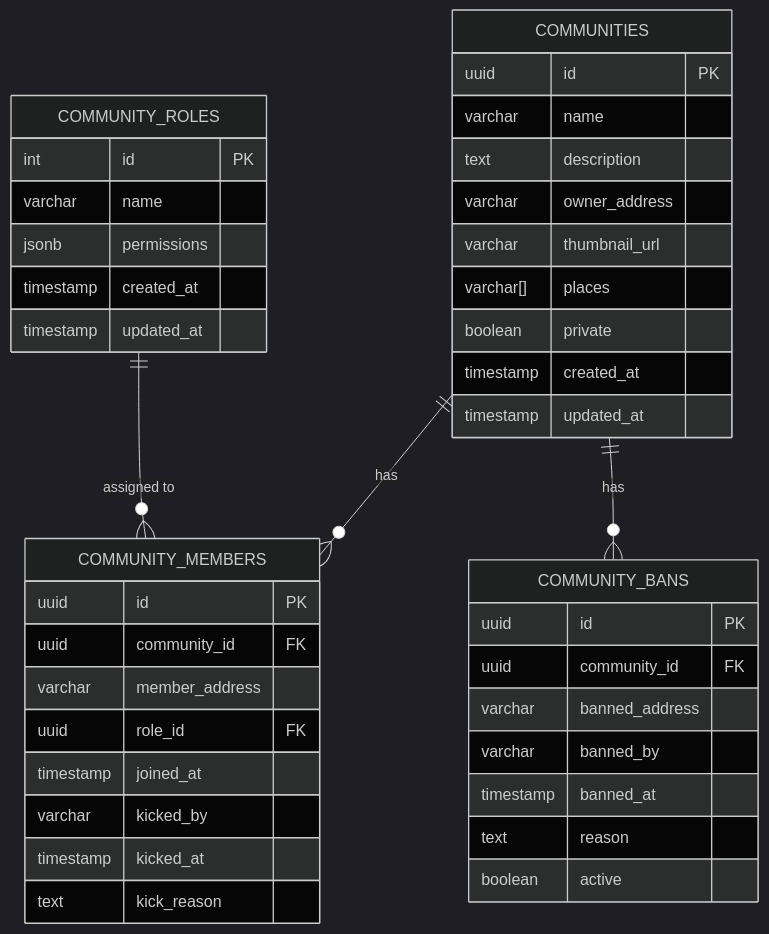
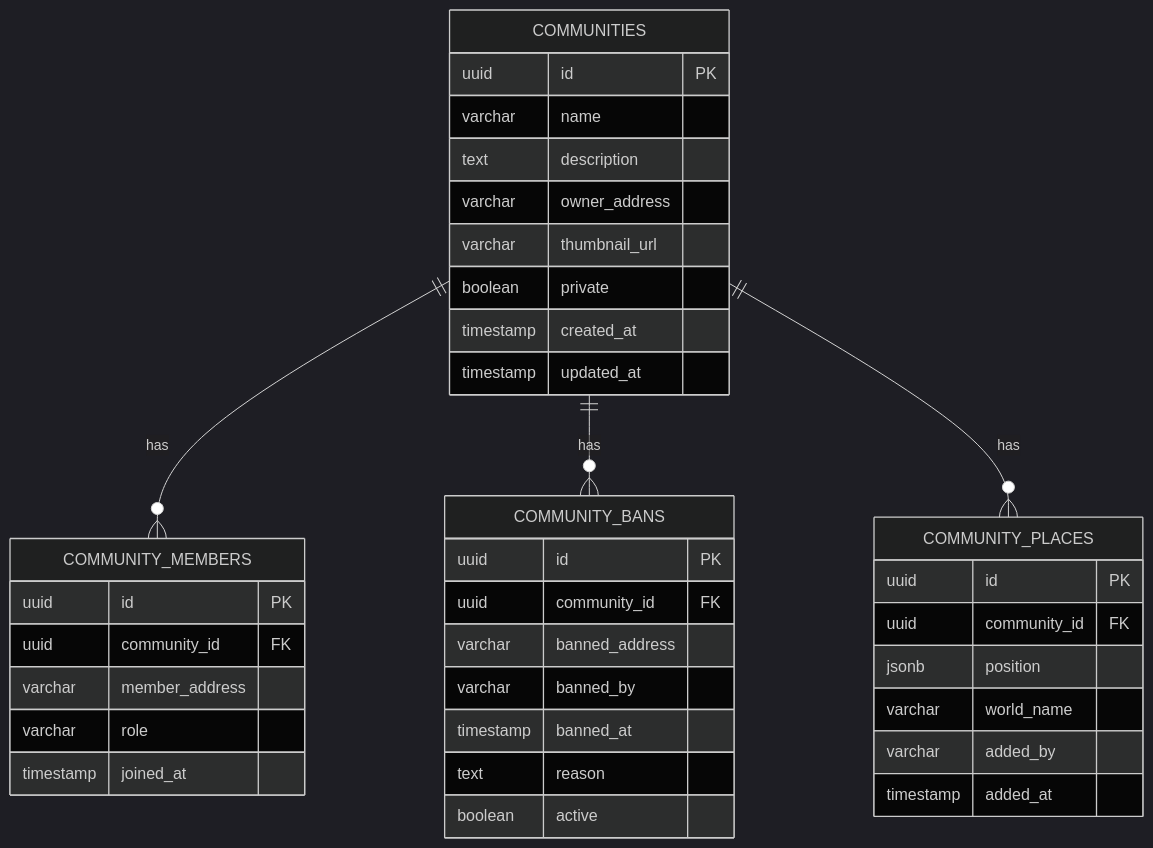
The second of 4 diagrams in README.md (decentraland/social-service-ea), drawn with Mermaid (dark theme) before and after one commit. The commit also changed 5 other files, not shown here.

````diff
--- a/README.md
+++ b/README.md
@@ -93,44 +93,41 @@
 ```mermaid
 erDiagram
   COMMUNITIES {
     uuid id PK
     varchar name
     text description
     varchar owner_address
     varchar thumbnail_url
-    varchar[] places
     boolean private
-    timestamp created_at
-    timestamp updated_at
-  }
-  COMMUNITY_ROLES {
-    int id PK
-    varchar name
-    jsonb permissions
     timestamp created_at
     timestamp updated_at
   }
   COMMUNITY_MEMBERS {
     uuid id PK
     uuid community_id FK
     varchar member_address
-    uuid role_id FK
+    varchar role
     timestamp joined_at
-    varchar kicked_by
-    timestamp kicked_at
-    text kick_reason
   }
   COMMUNITY_BANS {
     uuid id PK
     uuid community_id FK
     varchar banned_address
     varchar banned_by
     timestamp banned_at
     text reason
     boolean active
   }
+  COMMUNITY_PLACES {
+    uuid id PK
+    uuid community_id FK
+    jsonb position
+    varchar world_name
+    varchar added_by
+    timestamp added_at
+  }
 
   COMMUNITIES ||--o{ COMMUNITY_MEMBERS : "has"
   COMMUNITIES ||--o{ COMMUNITY_BANS : "has"
-  COMMUNITY_ROLES ||--o{ COMMUNITY_MEMBERS : "assigned to"
+  COMMUNITIES ||--o{ COMMUNITY_PLACES : "has"
 ```
````
